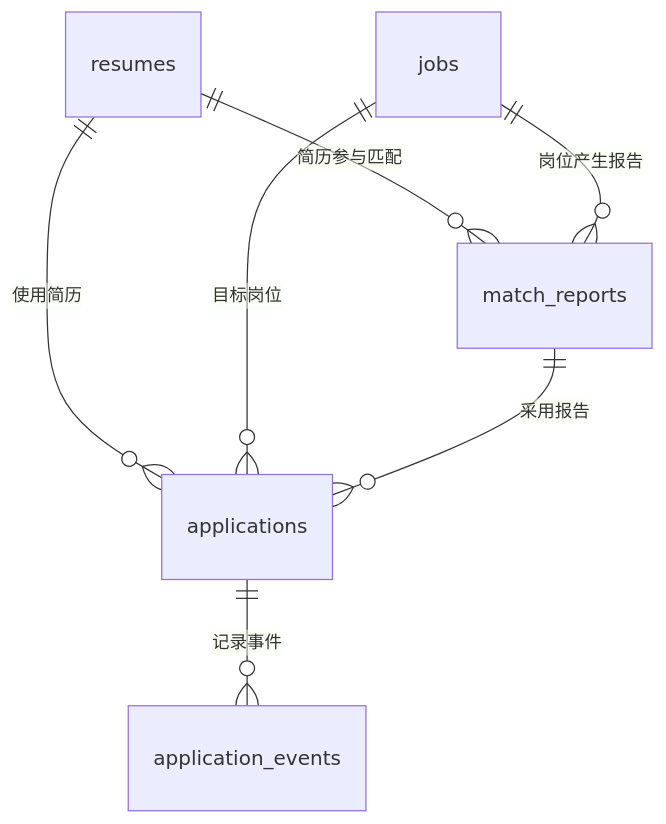
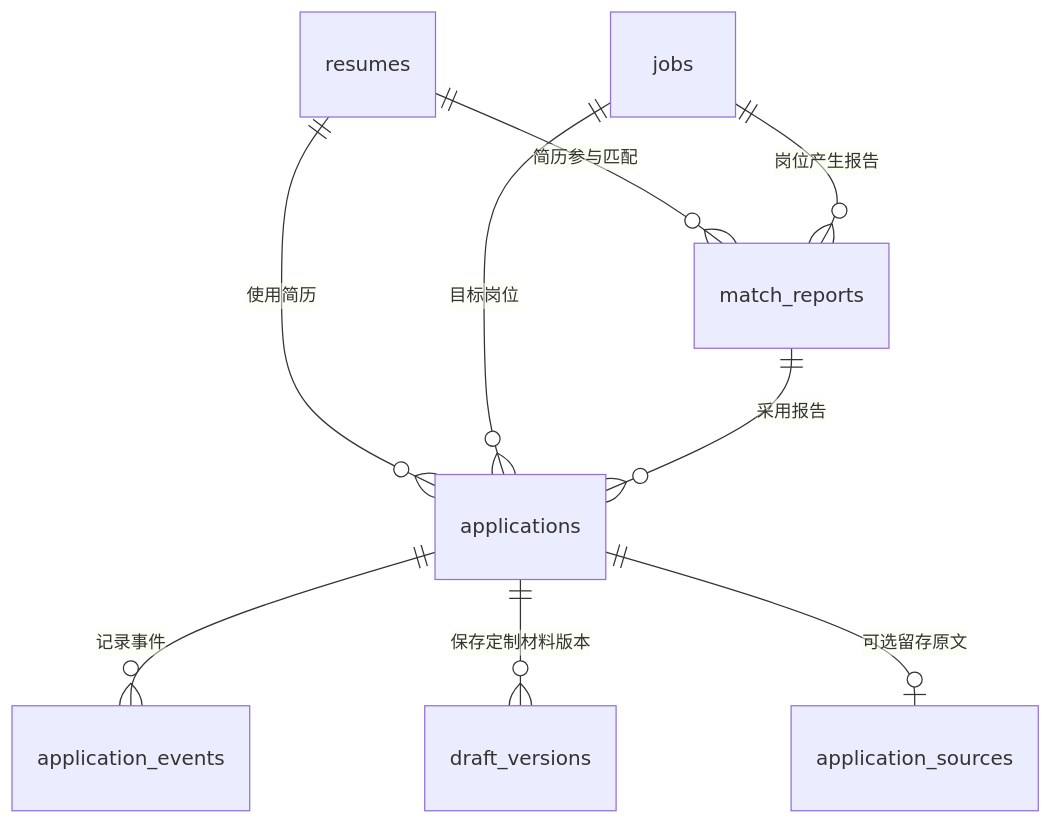
One commit to uselesswork/AI-Agent changed the diagram in docs/数据库设计与字段说明.md. Above: the diagram before and after it, drawn with Mermaid. The commit also changed other lines of this file and 24 other files, not shown here.

````diff
--- a/docs/数据库设计与字段说明.md
+++ b/docs/数据库设计与字段说明.md
@@ -20,9 +22,11 @@
 ```mermaid
 erDiagram
     resumes ||--o{ match_reports : "简历参与匹配"
     jobs ||--o{ match_reports : "岗位产生报告"
     resumes ||--o{ applications : "使用简历"
     jobs ||--o{ applications : "目标岗位"
     match_reports ||--o{ applications : "采用报告"
     applications ||--o{ application_events : "记录事件"
+    applications ||--o{ draft_versions : "保存定制材料版本"
+    applications ||--o| application_sources : "可选留存原文"
 ```
````
